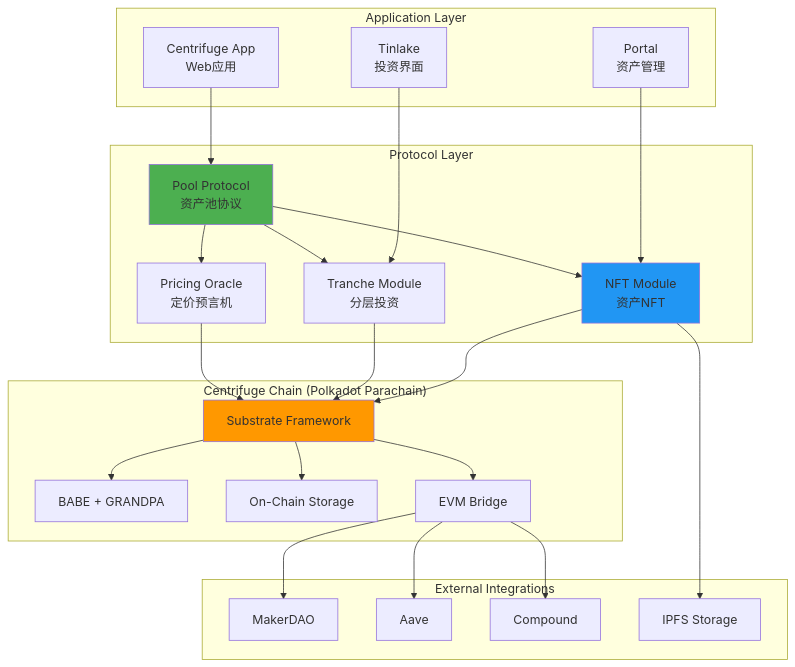
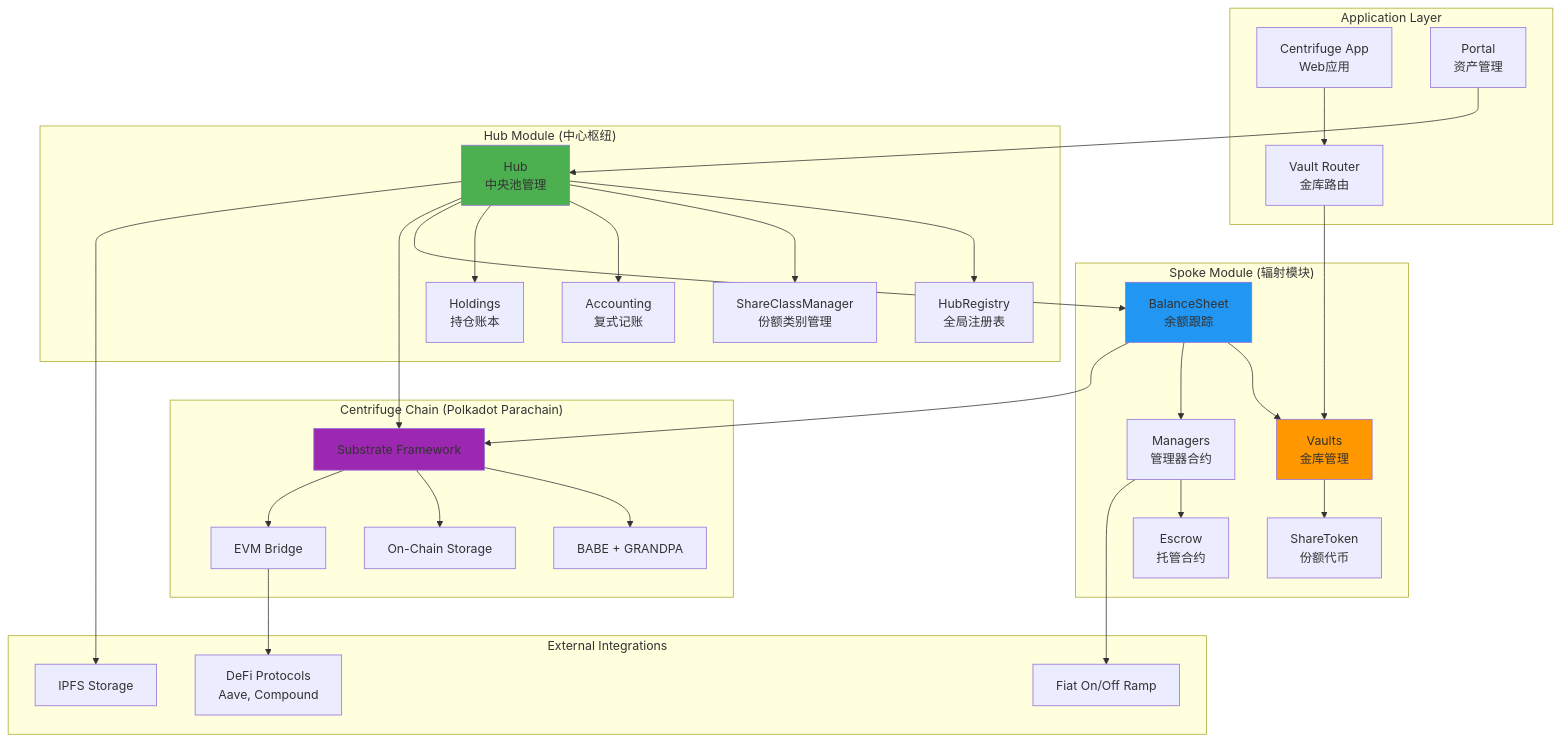
Before and after one commit to USDAble/rwa-husd-docs: the first of 8 diagrams in product-analysis/RWA-Protocols/Centrifuge/architecture.md, drawn with Mermaid. The commit also changed other lines of this file and 3 other files, not shown here.

````diff
--- a/product-analysis/RWA-Protocols/Centrifuge/architecture.md
+++ b/product-analysis/RWA-Protocols/Centrifuge/architecture.md
@@ -24,50 +26,63 @@
 ```mermaid
 graph TB
     subgraph "Application Layer"
         App[Centrifuge App<br/>Web应用]
-        Tinlake[Tinlake<br/>投资界面]
+        VaultRouter[Vault Router<br/>金库路由]
         Portal[Portal<br/>资产管理]
     end
-    
-    subgraph "Protocol Layer"
-        Pool[Pool Protocol<br/>资产池协议]
-        NFT[NFT Module<br/>资产NFT]
-        Tranche[Tranche Module<br/>分层投资]
-        Pricing[Pricing Oracle<br/>定价预言机]
+
+    subgraph "Hub Module (中心枢纽)"
+        Hub[Hub<br/>中央池管理]
+        HubRegistry[HubRegistry<br/>全局注册表]
+        ShareClassMgr[ShareClassManager<br/>份额类别管理]
+        Accounting[Accounting<br/>复式记账]
+        Holdings[Holdings<br/>持仓账本]
     end
-    
+
+    subgraph "Spoke Module (辐射模块)"
+        BalanceSheet[BalanceSheet<br/>余额跟踪]
+        Vaults[Vaults<br/>金库管理]
+        Managers[Managers<br/>管理器合约]
+        Escrow[Escrow<br/>托管合约]
+        ShareToken[ShareToken<br/>份额代币]
+    end
+
     subgraph "Centrifuge Chain (Polkadot Parachain)"
         Substrate[Substrate Framework]
         Consensus[BABE + GRANDPA]
         Storage[On-Chain Storage]
         Bridge[EVM Bridge]
     end
-    
+
     subgraph "External Integrations"
-        Maker[MakerDAO]
-        Aave[Aave]
-        Compound[Compound]
+        DeFi[DeFi Protocols<br/>Aave, Compound]
+        Fiat[Fiat On/Off Ramp]
         IPFS[IPFS Storage]
     end
-    
-    App --> Pool
-    Tinlake --> Tranche
-    Portal --> NFT
-    Pool --> NFT
-    Pool --> Tranche
-    Pool --> Pricing
-    NFT --> Substrate
-    Tranche --> Substrate
-    Pricing --> Substrate
+
+    App --> VaultRouter
+    VaultRouter --> Vaults
+    Portal --> Hub
+    Hub --> HubRegistry
+    Hub --> ShareClassMgr
+    Hub --> Accounting
+    Hub --> Holdings
+    Hub --> BalanceSheet
+    BalanceSheet --> Vaults
+    BalanceSheet --> Managers
+    Vaults --> ShareToken
+    Managers --> Escrow
+    Hub --> Substrate
+    BalanceSheet --> Substrate
     Substrate --> Consensus
     Substrate --> Storage
     Substrate --> Bridge
-    Bridge --> Maker
-    Bridge --> Aave
-    Bridge --> Compound
-    NFT --> IPFS
-    
-    style Pool fill:#4CAF50
-    style NFT fill:#2196F3
-    style Substrate fill:#FF9800
+    Bridge --> DeFi
+    Managers --> Fiat
+    Hub --> IPFS
+
+    style Hub fill:#4CAF50
+    style BalanceSheet fill:#2196F3
+    style Vaults fill:#FF9800
+    style Substrate fill:#9C27B0
 ```
````
